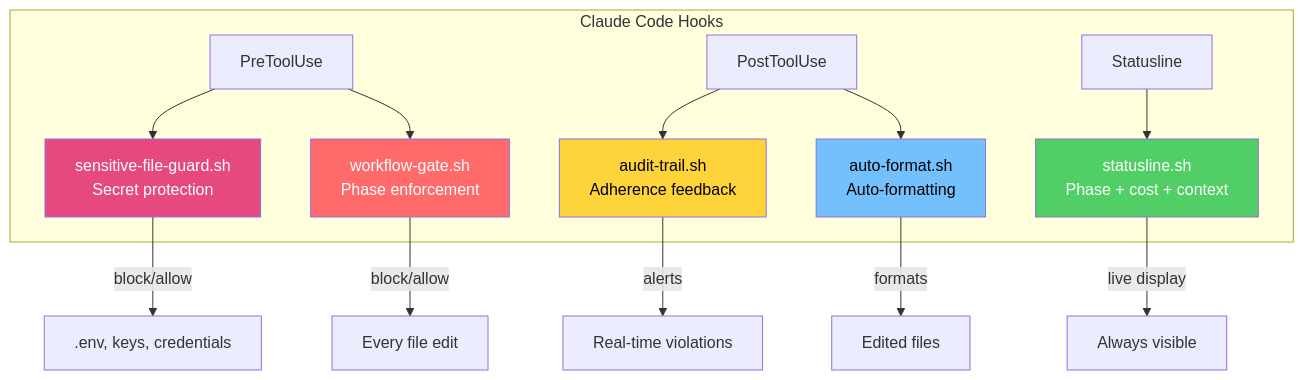
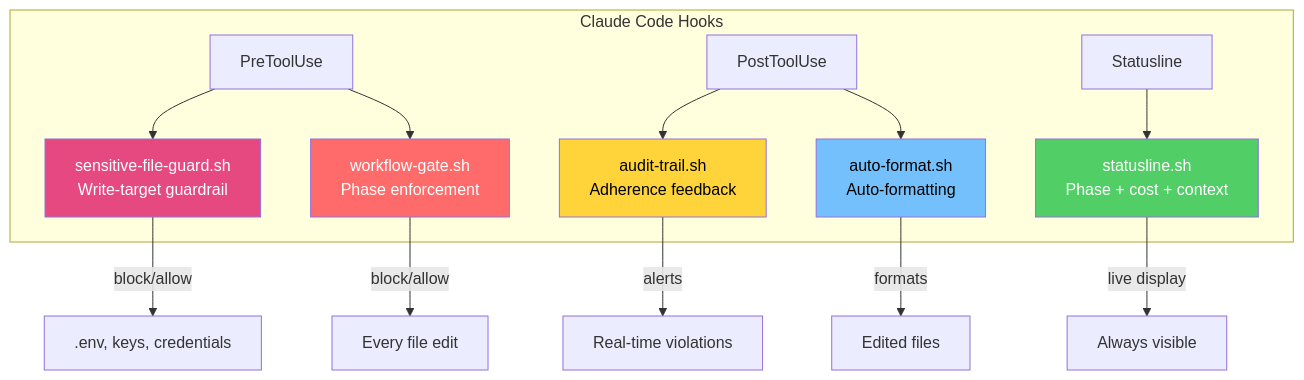
One commit to joshft/correctless changed the sixth of 6 diagrams in README.md. Above: the diagram before and after it, drawn with Mermaid. The commit also changed other lines of this file and 20 other files, not shown here.

First line of the commit message:
Re-scope sensitive-file-guard from perimeter to write-target-only guardrail (#205)

````diff
--- a/README.md
+++ b/README.md
@@ -273,22 +273,22 @@
 ```mermaid
 graph TB
     subgraph "Claude Code Hooks"
-        A["PreToolUse"] --> H["sensitive-file-guard.sh<br/>Secret protection"]
+        A["PreToolUse"] --> H["sensitive-file-guard.sh<br/>Write-target guardrail"]
         A --> B["workflow-gate.sh<br/>Phase enforcement"]
         C["PostToolUse"] --> D["audit-trail.sh<br/>Adherence feedback"]
         C --> G["auto-format.sh<br/>Auto-formatting"]
         E["Statusline"] --> F["statusline.sh<br/>Phase + cost + context"]
     end
 
     H -->|"block/allow"| M[".env, keys, credentials"]
     B -->|"block/allow"| I["Every file edit"]
     D -->|"alerts"| J["Real-time violations"]
     G -->|"formats"| L["Edited files"]
     F -->|"live display"| K["Always visible"]
 
     style H fill:#e64980,color:#fff
     style B fill:#ff6b6b,color:#fff
     style D fill:#ffd43b,color:#000
     style G fill:#74c0fc,color:#000
     style F fill:#51cf66,color:#fff
 ```
````
